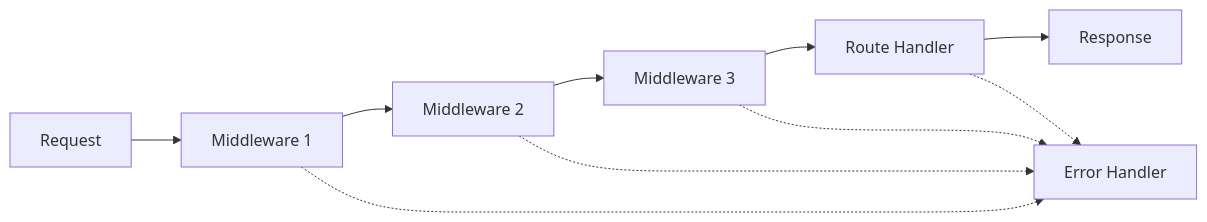
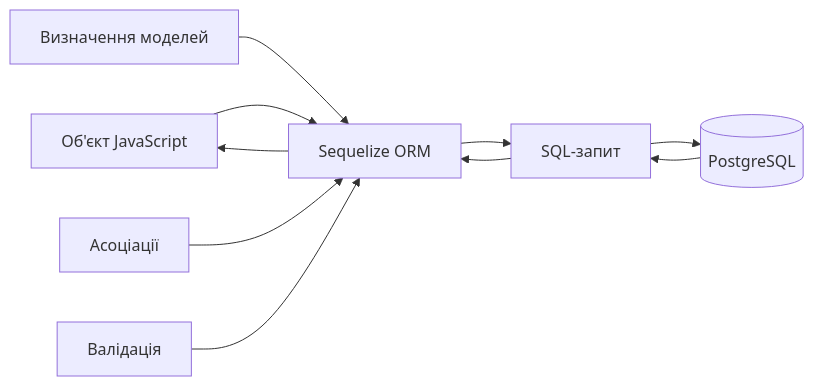
The second of 9 diagrams in lectures/lecture-04.md (olroi421/course-web), drawn with Mermaid before and after one commit. The commit also changed other lines of this file and 10 other files, not shown here.

````diff
--- a/lectures/lecture-04.md
+++ b/lectures/lecture-04.md
@@ -204,13 +286,13 @@
 ```mermaid
 graph LR
-    A[Request] --> B[Middleware 1]
-    B --> C[Middleware 2]
-    C --> D[Middleware 3]
-    D --> E[Route Handler]
-    E --> F[Response]
+    A[Об'єкт JavaScript] --> B[Sequelize ORM]
+    B --> C[SQL-запит]
+    C --> D[(PostgreSQL)]
+    D --> C
+    C --> B
+    B --> A
 
-    B -.-> G[Error Handler]
-    C -.-> G
-    D -.-> G
-    E -.-> G
+    E[Визначення моделей] --> B
+    F[Асоціації] --> B
+    G[Валідація] --> B
 ```
````
